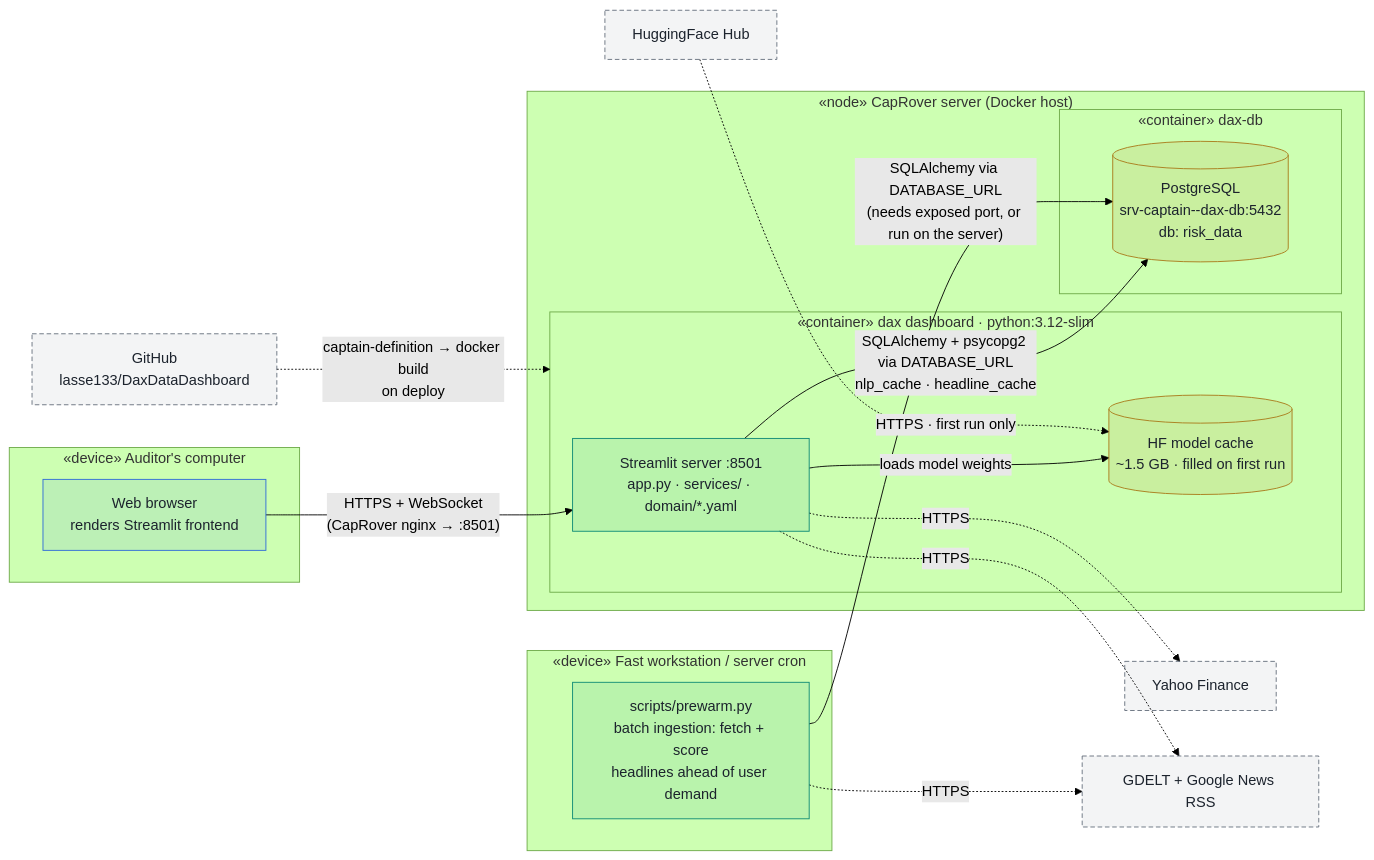
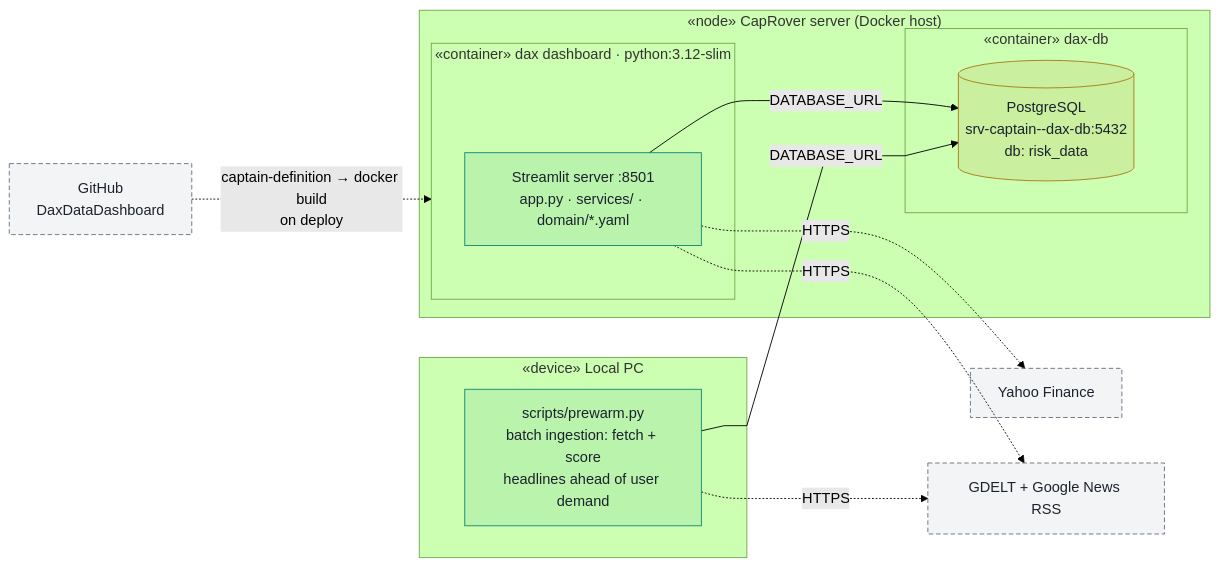
Before and after one commit to lasse133/DaxDataDashboard: the diagram in doc/deployment-diagram.md, drawn with Mermaid (forest theme).

Commit message:
update deployment diagram

````diff
--- a/doc/deployment-diagram.md
+++ b/doc/deployment-diagram.md
@@ -22,45 +22,34 @@
 ```mermaid
 flowchart LR
-    subgraph CLIENT["«device» Auditor's computer"]
-        BROWSER["Web browser<br/>renders Streamlit frontend"]
-    end
+ subgraph APPC["«container» dax dashboard · python:3.12-slim"]
+        APP["Streamlit server :8501<br>app.py · services/ · domain/*.yaml"]
+  end
+ subgraph DBC["«container» dax-db"]
+        PG[("PostgreSQL<br>srv-captain--dax-db:5432<br>db: risk_data")]
+  end
+ subgraph CAPROVER["«node» CapRover server (Docker host)"]
+        APPC
+        DBC
+  end
+ subgraph BATCH["«device» Local PC"]
+        PREWARM["scripts/prewarm.py<br>batch ingestion: fetch + score<br>headlines ahead of user demand"]
+  end
+    GITHUB["GitHub<br>DaxDataDashboard"] -. "captain-definition → docker build<br>on deploy" .-> APPC
+    APP --  DATABASE_URL --> PG
+    APP -. HTTPS .-> YAHOO["Yahoo Finance"] & NEWSAPI["GDELT + Google News RSS"]
+    PREWARM -. HTTPS .-> NEWSAPI
+    PREWARM L_PREWARM_PG_0@--  DATABASE_URL --> PG
 
-    subgraph CAPROVER["«node» CapRover server (Docker host)"]
-        subgraph APPC["«container» dax dashboard · python:3.12-slim"]
-            APP["Streamlit server :8501<br/>app.py · services/ · domain/*.yaml"]
-            CACHE[("HF model cache<br/>~1.5 GB · filled on first run")]
-        end
-        subgraph DBC["«container» dax-db"]
-            PG[("PostgreSQL<br/>srv-captain--dax-db:5432<br/>db: risk_data")]
-        end
-    end
-
-    subgraph BATCH["«device» Fast workstation / server cron"]
-        PREWARM["scripts/prewarm.py<br/>batch ingestion: fetch + score<br/>headlines ahead of user demand"]
-    end
-
-    GITHUB["GitHub<br/>lasse133/DaxDataDashboard"]
-    YAHOO["Yahoo Finance"]
-    NEWSAPI["GDELT + Google News RSS"]
-    HF["HuggingFace Hub"]
-
-    BROWSER -->|"HTTPS + WebSocket<br/>(CapRover nginx → :8501)"| APP
-    GITHUB -.->|"captain-definition → docker build<br/>on deploy"| APPC
-    APP -->|"loads model weights"| CACHE
-    APP -->|"SQLAlchemy + psycopg2 via DATABASE_URL<br/>nlp_cache · headline_cache"| PG
-    APP -.->|"HTTPS"| YAHOO
-    APP -.->|"HTTPS"| NEWSAPI
-    HF -.->|"HTTPS · first run only"| CACHE
-    PREWARM -.->|"HTTPS"| NEWSAPI
-    PREWARM -->|"SQLAlchemy via DATABASE_URL<br/>(needs exposed port, or run on the server)"| PG
-
+     APP:::artifact
+     PG:::store
+     PREWARM:::artifact
+     GITHUB:::ext
+     YAHOO:::ext
+     NEWSAPI:::ext
     classDef artifact fill:#0e8a761a,stroke:#0e8a76,color:#1c232d
     classDef store fill:#a97a1a1f,stroke:#a97a1a,color:#1c232d
     classDef ext fill:#66707d14,stroke:#66707d,stroke-dasharray:5 3,color:#1c232d
     classDef client fill:#2f6bd81a,stroke:#2f6bd8,color:#1c232d
 
-    class APP,PREWARM artifact
-    class CACHE,PG store
-    class GITHUB,YAHOO,NEWSAPI,HF ext
-    class BROWSER client
+    L_PREWARM_PG_0@{ curve: linear }
 ```
````
